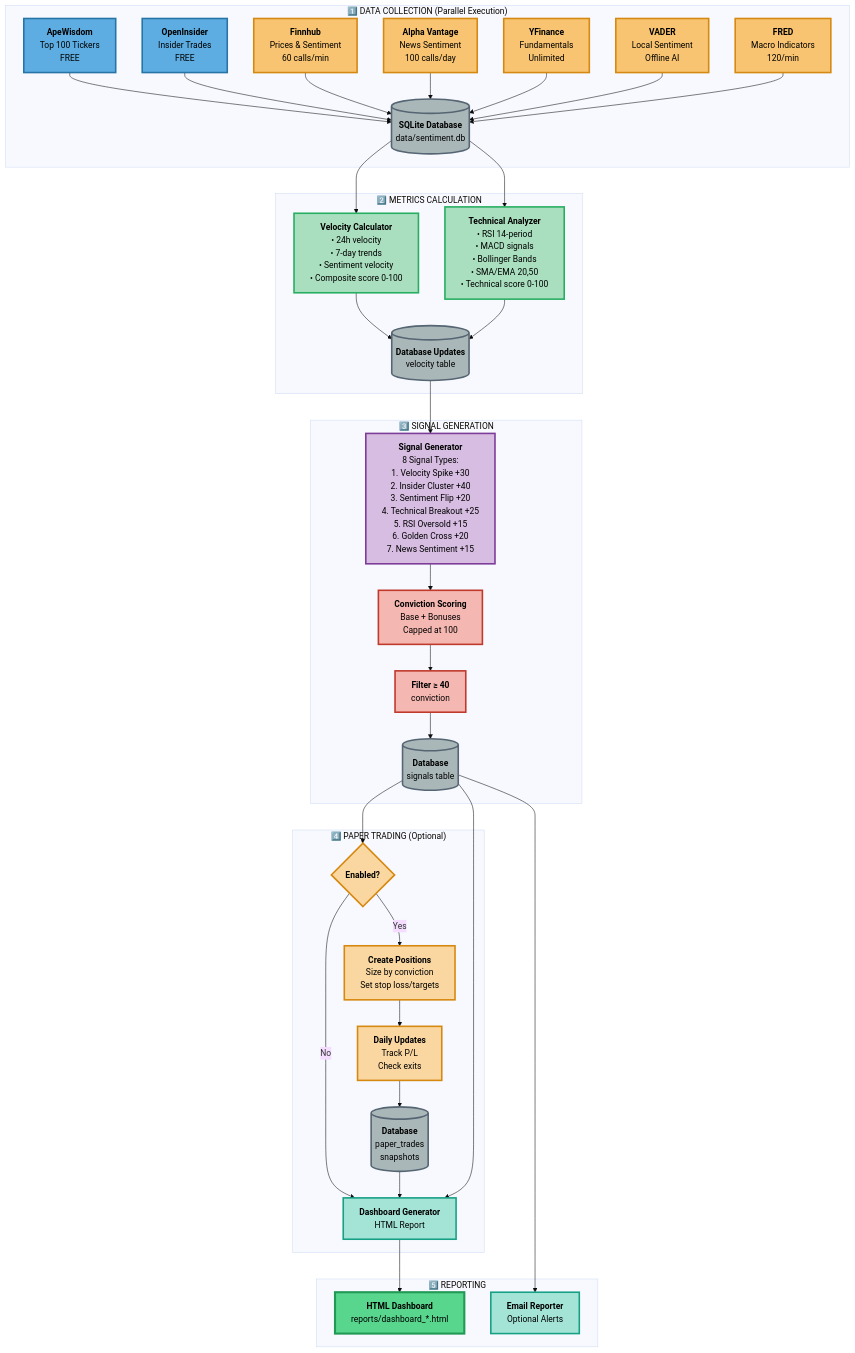
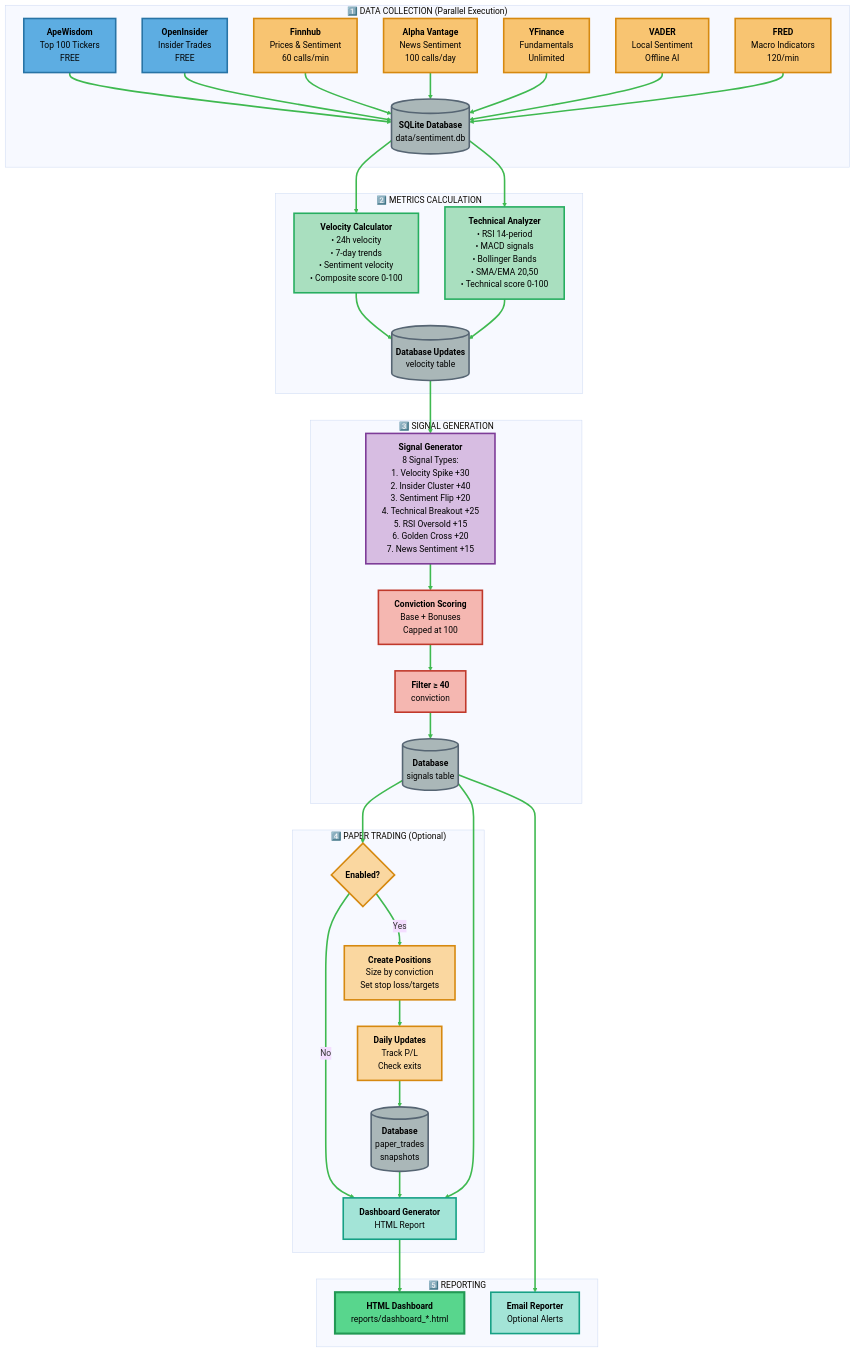
One commit to EE-EDK/Stock-Trader changed the first of 3 diagrams in README.md. Above: the diagram before and after it, drawn with Mermaid.

Commit message:
fix color thing

````diff
--- a/README.md
+++ b/README.md
@@ -18,76 +18,78 @@
 ```mermaid
-%%{init: {'theme':'base', 'themeVariables': { 'fontSize':'16px', 'fontFamily':'arial'}}}%%
+%%{init: {'theme':'base', 'themeVariables': { 'fontSize':'16px', 'fontFamily':'arial', 'lineColor':'#3fb950'}}}%%
 graph TB
     subgraph "1️⃣ DATA COLLECTION (Parallel Execution)"
         A1["<b>ApeWisdom</b><br/>Top 100 Tickers<br/>FREE"]
         A2["<b>OpenInsider</b><br/>Insider Trades<br/>FREE"]
         A3["<b>Finnhub</b><br/>Prices & Sentiment<br/>60 calls/min"]
         A4["<b>Alpha Vantage</b><br/>News Sentiment<br/>100 calls/day"]
         A5["<b>YFinance</b><br/>Fundamentals<br/>Unlimited"]
         A6["<b>VADER</b><br/>Local Sentiment<br/>Offline AI"]
         A7["<b>FRED</b><br/>Macro Indicators<br/>120/min"]
 
         A1 --> DB1[("<b>SQLite Database</b><br/>data/sentiment.db")]
         A2 --> DB1
         A3 --> DB1
         A4 --> DB1
         A5 --> DB1
         A6 --> DB1
         A7 --> DB1
     end
 
     subgraph "2️⃣ METRICS CALCULATION"
         DB1 --> B1["<b>Velocity Calculator</b><br/>• 24h velocity<br/>• 7-day trends<br/>• Sentiment velocity<br/>• Composite score 0-100"]
         DB1 --> B2["<b>Technical Analyzer</b><br/>• RSI 14-period<br/>• MACD signals<br/>• Bollinger Bands<br/>• SMA/EMA 20,50<br/>• Technical score 0-100"]
 
         B1 --> DB2[("<b>Database Updates</b><br/>velocity table")]
         B2 --> DB2
     end
 
     subgraph "3️⃣ SIGNAL GENERATION"
         DB2 --> C1["<b>Signal Generator</b><br/>8 Signal Types:<br/>1. Velocity Spike +30<br/>2. Insider Cluster +40<br/>3. Sentiment Flip +20<br/>4. Technical Breakout +25<br/>5. RSI Oversold +15<br/>6. Golden Cross +20<br/>7. News Sentiment +15"]
 
         C1 --> C2["<b>Conviction Scoring</b><br/>Base + Bonuses<br/>Capped at 100"]
         C2 --> C3["<b>Filter ≥ 40</b><br/>conviction"]
         C3 --> DB3[("<b>Database</b><br/>signals table")]
     end
 
     subgraph "4️⃣ PAPER TRADING (Optional)"
         DB3 --> D1{"<b>Enabled?</b>"}
         D1 -->|Yes| D2["<b>Create Positions</b><br/>Size by conviction<br/>Set stop loss/targets"]
         D2 --> D3["<b>Daily Updates</b><br/>Track P/L<br/>Check exits"]
         D3 --> DB4[("<b>Database</b><br/>paper_trades<br/>snapshots")]
         D1 -->|No| E1
     end
 
     subgraph "5️⃣ REPORTING"
         DB4 --> E1["<b>Dashboard Generator</b><br/>HTML Report"]
         DB3 --> E1
         E1 --> E2["<b>HTML Dashboard</b><br/>reports/dashboard_*.html"]
 
         DB3 --> E3["<b>Email Reporter</b><br/>Optional Alerts"]
     end
 
     style A1 fill:#5DADE2,stroke:#2874A6,stroke-width:3px,color:#000
     style A2 fill:#5DADE2,stroke:#2874A6,stroke-width:3px,color:#000
     style A3 fill:#F8C471,stroke:#D68910,stroke-width:3px,color:#000
     style A4 fill:#F8C471,stroke:#D68910,stroke-width:3px,color:#000
     style A5 fill:#F8C471,stroke:#D68910,stroke-width:3px,color:#000
     style A6 fill:#F8C471,stroke:#D68910,stroke-width:3px,color:#000
     style A7 fill:#F8C471,stroke:#D68910,stroke-width:3px,color:#000
     style DB1 fill:#AAB7B8,stroke:#566573,stroke-width:3px,color:#000
     style DB2 fill:#AAB7B8,stroke:#566573,stroke-width:3px,color:#000
     style DB3 fill:#AAB7B8,stroke:#566573,stroke-width:3px,color:#000
     style DB4 fill:#AAB7B8,stroke:#566573,stroke-width:3px,color:#000
     style B1 fill:#A9DFBF,stroke:#27AE60,stroke-width:3px,color:#000
     style B2 fill:#A9DFBF,stroke:#27AE60,stroke-width:3px,color:#000
     style C1 fill:#D7BDE2,stroke:#7D3C98,stroke-width:3px,color:#000
     style C2 fill:#F5B7B1,stroke:#C0392B,stroke-width:3px,color:#000
     style C3 fill:#F5B7B1,stroke:#C0392B,stroke-width:3px,color:#000
     style D1 fill:#FAD7A0,stroke:#D68910,stroke-width:3px,color:#000
     style D2 fill:#FAD7A0,stroke:#D68910,stroke-width:3px,color:#000
     style D3 fill:#FAD7A0,stroke:#D68910,stroke-width:3px,color:#000
     style E1 fill:#A3E4D7,stroke:#16A085,stroke-width:3px,color:#000
     style E2 fill:#58D68D,stroke:#229954,stroke-width:4px,color:#000
     style E3 fill:#A3E4D7,stroke:#16A085,stroke-width:3px,color:#000
+
+    linkStyle 0,1,2,3,4,5,6,7,8,9,10,11,12,13,14,15,16,17,18,19,20,21,22,23 stroke:#3fb950,stroke-width:3px
 ```
````
